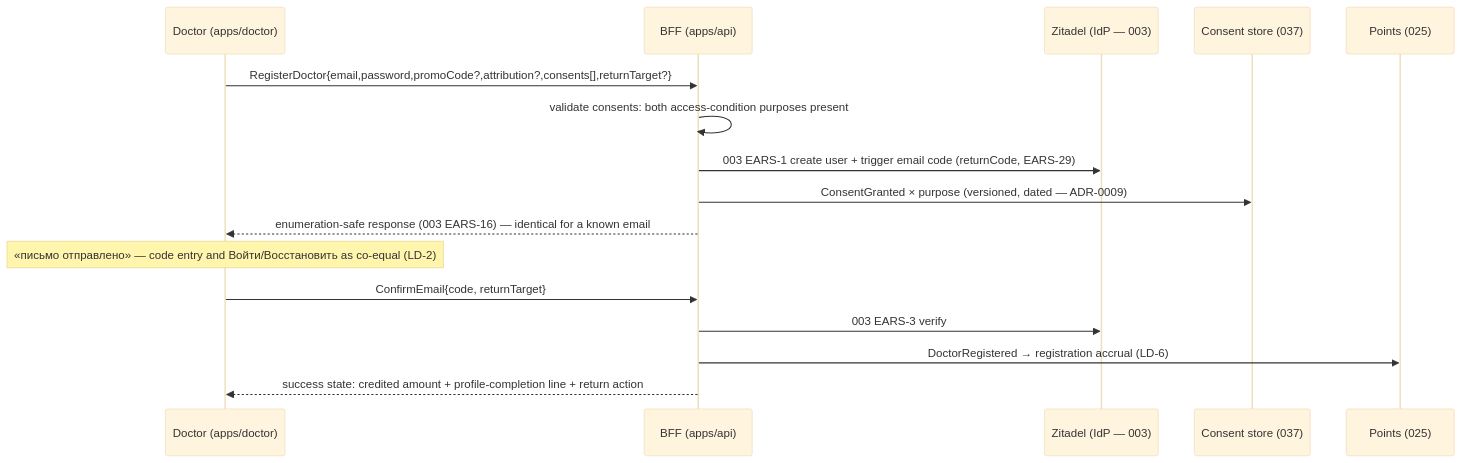
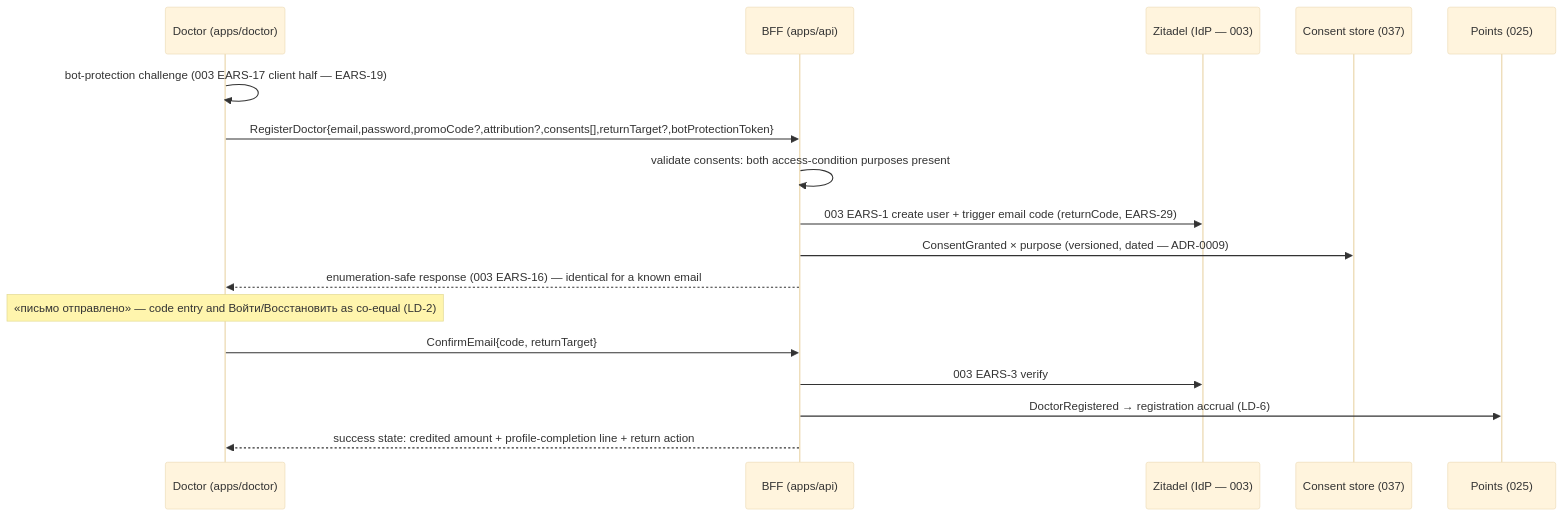
The first of 3 diagrams in apps/docs/content/specs/features/021-doctor-registration/021-design.md (doctor-school/ds-platform), drawn with Mermaid (base theme) before and after one commit. The commit also changed other lines of this file and 3 other files, not shown here.

````diff
--- a/apps/docs/content/specs/features/021-doctor-registration/021-design.md
+++ b/apps/docs/content/specs/features/021-doctor-registration/021-design.md
@@ -31,19 +31,20 @@
 ```mermaid
 sequenceDiagram
   participant D as Doctor (apps/doctor)
   participant B as BFF (apps/api)
   participant Z as Zitadel (IdP — 003)
   participant C as Consent store (037)
   participant P as Points (025)
 
-  D->>B: RegisterDoctor{email,password,promoCode?,attribution?,consents[],returnTarget?}
+  D->>D: bot-protection challenge (003 EARS-17 client half — EARS-19)
+  D->>B: RegisterDoctor{email,password,promoCode?,attribution?,consents[],returnTarget?,botProtectionToken}
   B->>B: validate consents: both access-condition purposes present
   B->>Z: 003 EARS-1 create user + trigger email code (returnCode, EARS-29)
   B->>C: ConsentGranted × purpose (versioned, dated — ADR-0009)
   B-->>D: enumeration-safe response (003 EARS-16) — identical for a known email
   Note over D: «письмо отправлено» — code entry and Войти/Восстановить as co-equal (LD-2)
   D->>B: ConfirmEmail{code, returnTarget}
   B->>Z: 003 EARS-3 verify
   B->>P: DoctorRegistered → registration accrual (LD-6)
   B-->>D: success state: credited amount + profile-completion line + return action
 ```
````
